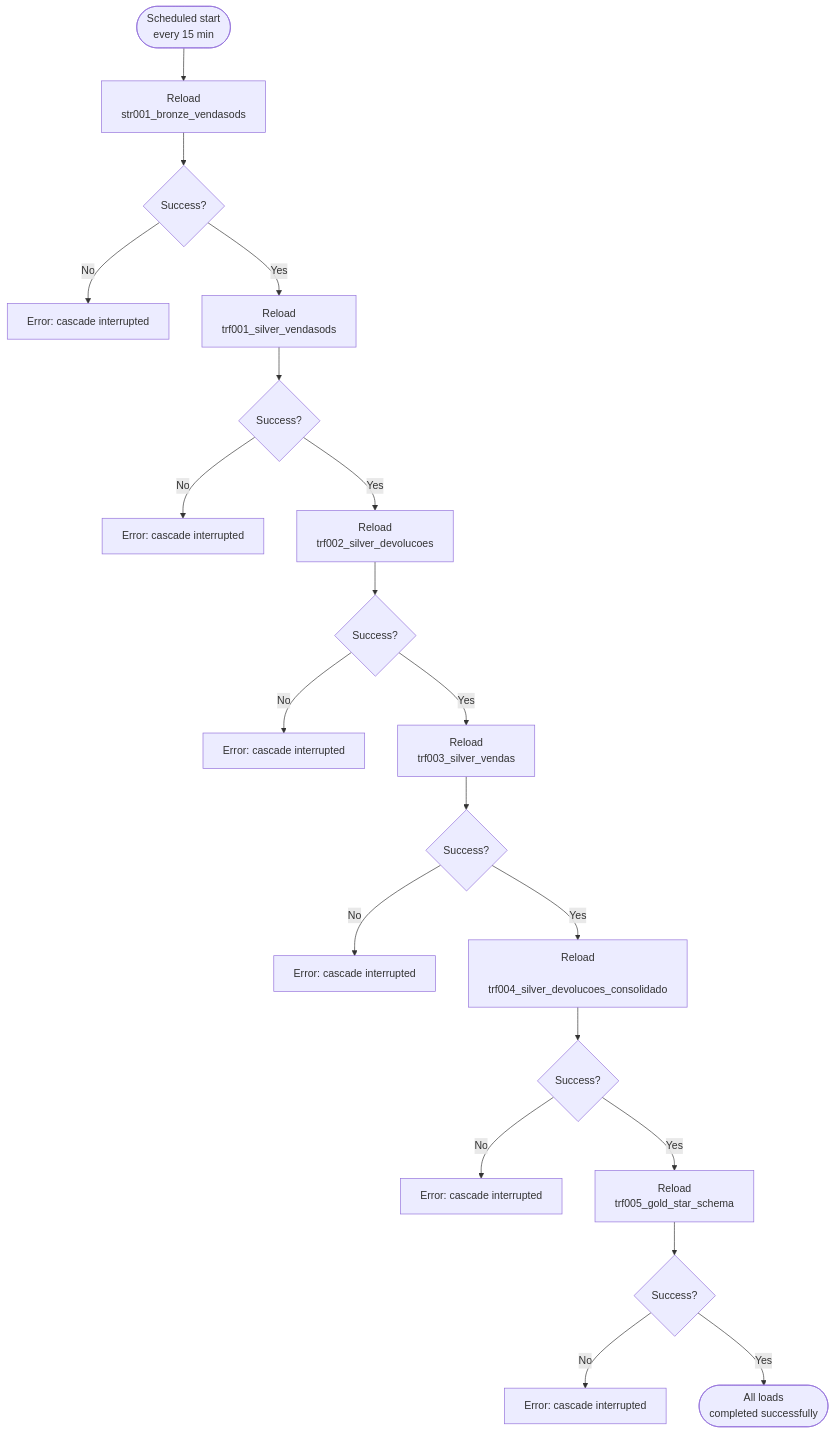
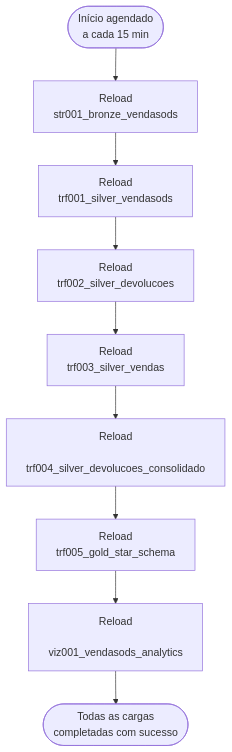
One commit to pbergo/Qlik_IA_Development changed the diagram in Qlik_IA_Example2/README.md. Above: the diagram before and after it, drawn with Mermaid. The commit also changed other lines of this file and 26 other files, not shown here.

````diff
--- a/Qlik_IA_Example2/README.md
+++ b/Qlik_IA_Example2/README.md
@@ -129,30 +24,20 @@
 ```mermaid
 flowchart TD
-    Start([Scheduled start
-    every 15 min]) --> R1[Reload
+    Start([Início agendado
+    a cada 15 min]) --> R1[Reload
     str001_bronze_vendasods]
-    R1 --> C1{Success?}
-    C1 -- No --> E1[Error: cascade interrupted]
-    C1 -- Yes --> R2[Reload
+    R1 --> R2[Reload
     trf001_silver_vendasods]
-    R2 --> C2{Success?}
-    C2 -- No --> E2[Error: cascade interrupted]
-    C2 -- Yes --> R3[Reload
+    R2 --> R3[Reload
     trf002_silver_devolucoes]
-    R3 --> C3{Success?}
-    C3 -- No --> E3[Error: cascade interrupted]
-    C3 -- Yes --> R4[Reload
+    R3 --> R4[Reload
     trf003_silver_vendas]
-    R4 --> C4{Success?}
-    C4 -- No --> E4[Error: cascade interrupted]
-    C4 -- Yes --> R5[Reload
+    R4 --> R5[Reload
     trf004_silver_devolucoes_consolidado]
-    R5 --> C5{Success?}
-    C5 -- No --> E5[Error: cascade interrupted]
-    C5 -- Yes --> R6[Reload
+    R5 --> R6[Reload
     trf005_gold_star_schema]
-    R6 --> C6{Success?}
-    C6 -- No --> E6[Error: cascade interrupted]
-    C6 -- Yes --> Done([All loads
-    completed successfully])
+    R6 --> R7[Reload
+    viz001_vendasods_analytics]
+    R7 --> Done([Todas as cargas
+    completadas com sucesso])
 ```
````
